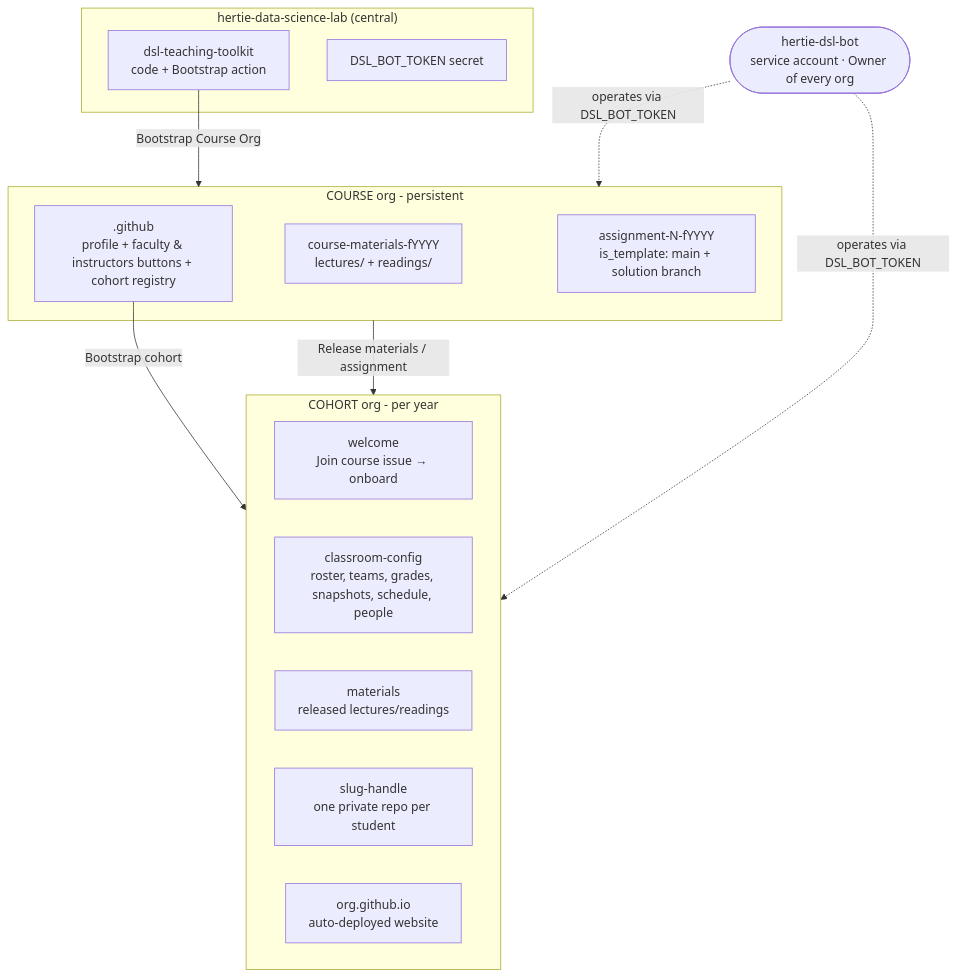
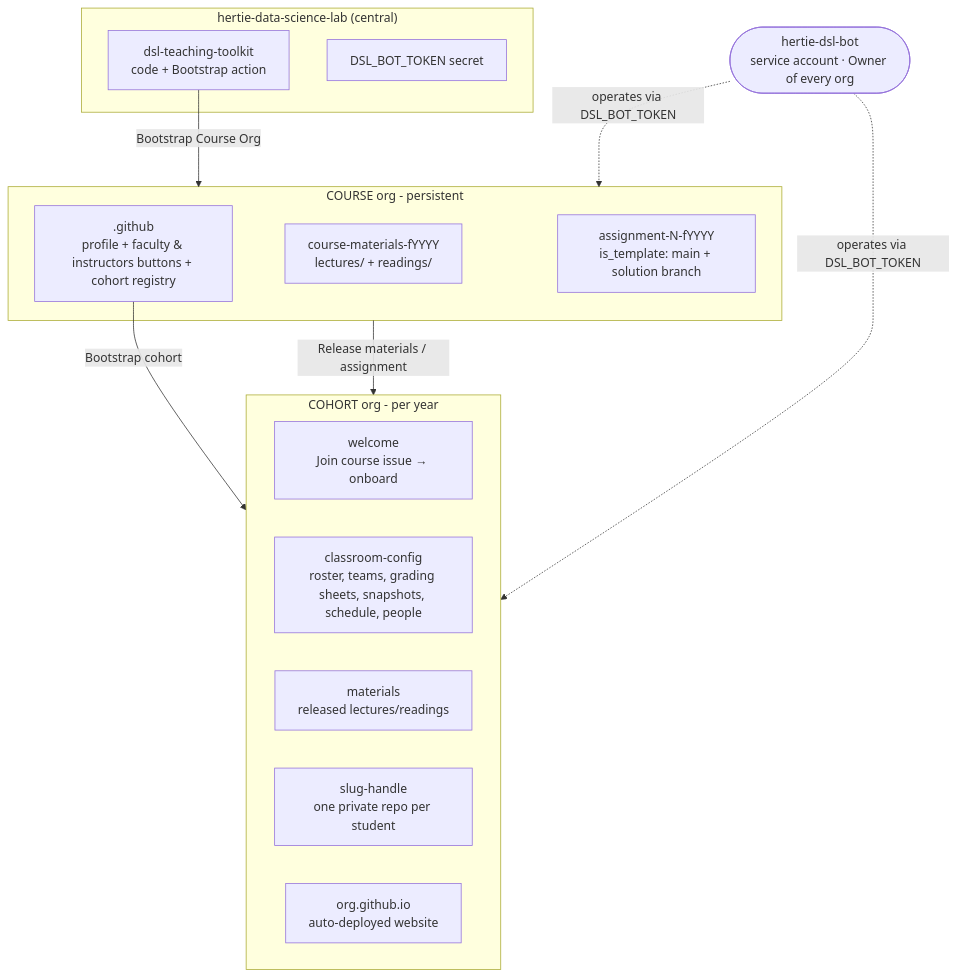
Before and after one commit to hertie-data-science-lab/dsl-teaching-toolkit: the first of 10 diagrams in docs-admin-arch/architecture.md, drawn with Mermaid. The commit also changed other lines of this file and 5 other files, not shown here.

First line of the commit message:
docs(collect): say the grading sheet where the code still said the grades CSV

````diff
--- a/docs-admin-arch/architecture.md
+++ b/docs-admin-arch/architecture.md
@@ -34,35 +34,35 @@
 ```mermaid
 flowchart TB
   subgraph central["hertie-data-science-lab (central)"]
     repo["`dsl-teaching-toolkit
 code + Bootstrap action`"]
     sec["DSL_BOT_TOKEN secret"]
   end
   bot(["`hertie-dsl-bot
 service account · Owner of every org`"])
   subgraph course["COURSE org - persistent"]
     cg["`.github
 profile + faculty & instructors buttons + cohort registry`"]
     mat["`course-materials-fYYYY
 lectures/ + readings/`"]
     asg["`assignment-N-fYYYY
 is_template: main + solution branch`"]
   end
   subgraph cohort["COHORT org - per year"]
     wel["`welcome
 Join course issue → onboard`"]
     ros["`classroom-config
-roster, teams, grades, snapshots, schedule, people`"]
+roster, teams, grading sheets, snapshots, schedule, people`"]
     cmat["`materials
 released lectures/readings`"]
     stu["`slug-handle
 one private repo per student`"]
     site["`org.github.io
 auto-deployed website`"]
   end
   repo -->|"Bootstrap Course Org"| course
   cg -->|"Bootstrap cohort"| cohort
   course -->|"Release materials / assignment"| cohort
   bot -.->|"operates via DSL_BOT_TOKEN"| course
   bot -.->|"operates via DSL_BOT_TOKEN"| cohort
 ```
````
